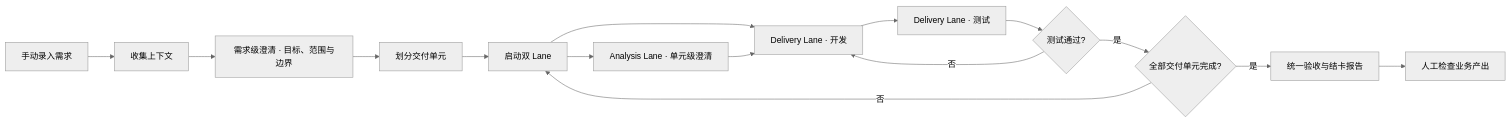
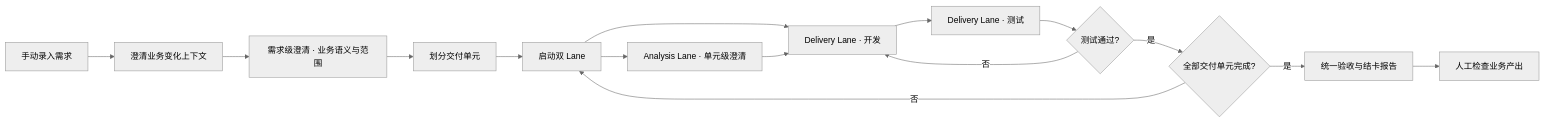
One commit to InspireChina/ai4se-loop-workflow changed the first of 3 diagrams in docs/l4-loop-handbook.md. Above: the diagram before and after it, drawn with Mermaid (neutral theme). The commit also changed other lines of this file and 13 other files, not shown here.

````diff
--- a/docs/l4-loop-handbook.md
+++ b/docs/l4-loop-handbook.md
@@ -134,17 +134,17 @@
 ```mermaid
 flowchart LR
-    input["手动录入需求"] --> context["收集上下文"]
-    context --> intakeClarify["需求级澄清 · 目标、范围与边界"]
+    input["手动录入需求"] --> context["澄清业务变化上下文"]
+    context --> intakeClarify["需求级澄清 · 业务语义与范围"]
     intakeClarify --> split["划分交付单元"]
     split --> lanes["启动双 Lane"]
     lanes --> clarify["Analysis Lane · 单元级澄清"]
     lanes --> dev["Delivery Lane · 开发"]
     clarify --> dev
     dev --> test["Delivery Lane · 测试"]
     test --> passed{"测试通过?"}
     passed -->|"否"| dev
     passed -->|"是"| completed{"全部交付单元完成?"}
     completed -->|"否"| lanes
     completed -->|"是"| review["统一验收与结卡报告"]
     review --> human["人工检查业务产出"]
 ```
````
